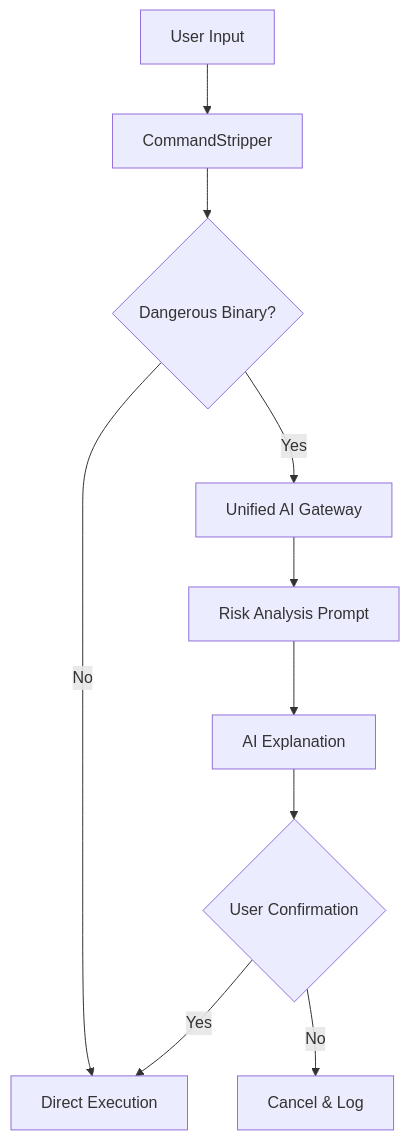
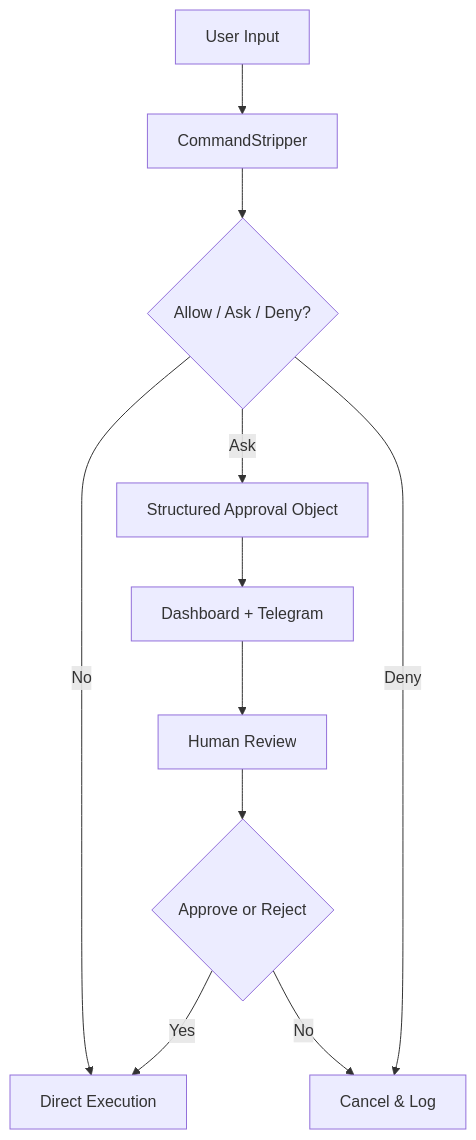
Before and after one commit to anixes/AgentX: the diagram in docs/SAFE_SHELL.md, drawn with Mermaid. The commit also changed other lines of this file and 23 other files, not shown here.

Commit message:
feat: implement Secretary Memory, Telegram security checks, and expansion roadmap

````diff
--- a/docs/SAFE_SHELL.md
+++ b/docs/SAFE_SHELL.md
@@ -7,12 +7,13 @@
 ```mermaid
 graph TD
     A[User Input] --> B[CommandStripper]
-    B --> C{Dangerous Binary?}
+    B --> C{Allow / Ask / Deny?}
     C -- No --> D[Direct Execution]
-    C -- Yes --> E[Unified AI Gateway]
-    E --> F[Risk Analysis Prompt]
-    F --> G[AI Explanation]
-    G --> H{User Confirmation}
+    C -- Ask --> E[Structured Approval Object]
+    E --> F[Dashboard + Telegram]
+    F --> G[Human Review]
+    G --> H{Approve or Reject}
     H -- Yes --> D
     H -- No --> I[Cancel & Log]
+    C -- Deny --> I
 ```
````
